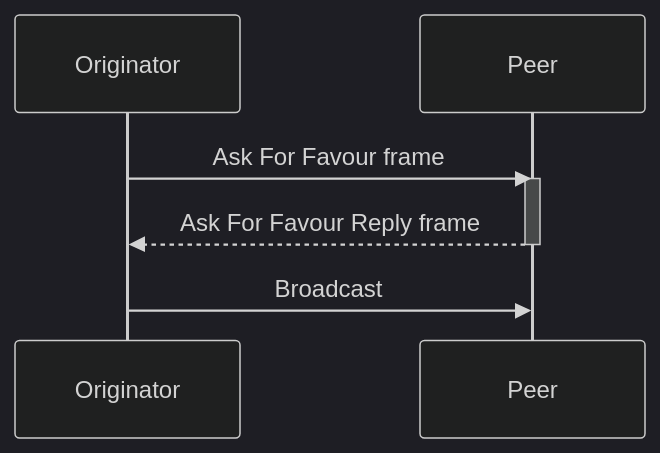
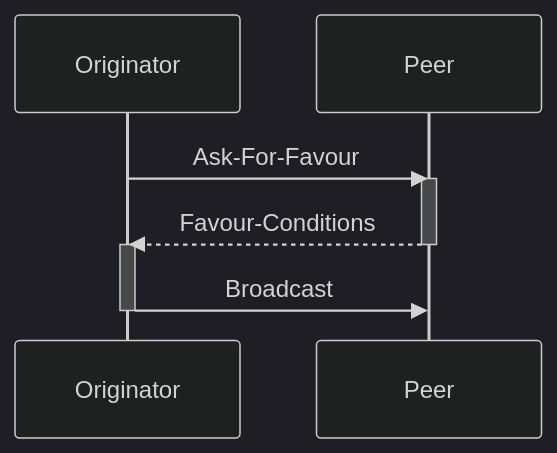
One commit to DontTrustVerifyOrg/gig-gossip changed the first of 4 diagrams in whitepaper/protocol.md. Above: the diagram before and after it, drawn with Mermaid (dark theme). The commit also changed other lines of this file, not shown here.

````diff
--- a/whitepaper/protocol.md
+++ b/whitepaper/protocol.md
@@ -59,8 +59,10 @@
 ```mermaid
 sequenceDiagram
-    Originator->>Peer: Ask For Favour frame
+    Originator->>Peer: Ask-For-Favour
     activate Peer
-    Peer-->>Originator: Ask For Favour Reply frame
+    Peer-->>Originator: Favour-Conditions
     deactivate Peer
+    activate Originator
     Originator->>Peer: Broadcast
+    deactivate Originator
 ```
````
